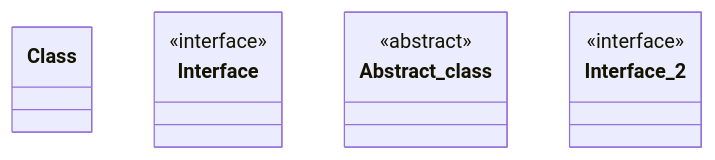
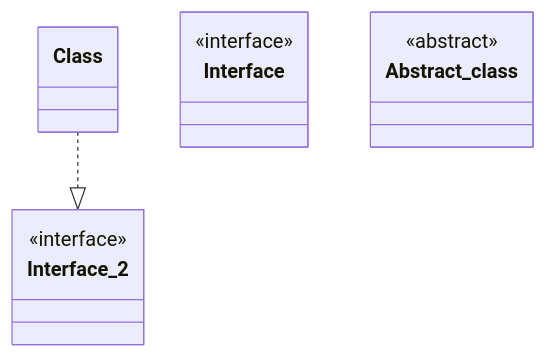
One commit to saiphanindra1010/arch_diagram_demo changed the diagram in mermade/class-diagram.md. Above: the diagram before and after it, drawn with Mermaid.

Commit message:
mermade: save class_diagramssssssss

````diff
--- a/mermade/class-diagram.md
+++ b/mermade/class-diagram.md
@@ -3,14 +3,15 @@
 ```mermaid
 classDiagram
   class Class
   class Interface {
     <<interface>>
   }
   class Abstract_class {
     <<abstract>>
   }
   class Interface_2 {
     <<interface>>
   }
-%% mermade:{"v":1,"diagramType":"class","nodes":{"Class":{"x":570.57421875,"y":247.7890625,"w":220,"h":70,"kind":"class","members":[]},"Interface":{"x":584.2734375,"y":446.1328125,"w":220,"h":70,"kind":"interface","members":[],"stereotype":"interface"},"Abstract_class":{"x":1028.88671875,"y":319.77734375,"w":220,"h":70,"kind":"abstract","members":[],"stereotype":"abstract"},"Interface_2":{"x":845.7181919642857,"y":155.18080357142856,"w":220,"h":70,"kind":"interface","members":[],"stereotype":"interface"}},"groups":{},"edges":{}}
+  Class ..|> Interface_2
+%% mermade:{"v":1,"diagramType":"class","nodes":{"Class":{"x":570.57421875,"y":247.7890625,"w":220,"h":70,"kind":"class","members":[]},"Interface":{"x":584.2734375,"y":446.1328125,"w":220,"h":70,"kind":"interface","members":[],"stereotype":"interface"},"Abstract_class":{"x":1028.88671875,"y":319.77734375,"w":220,"h":70,"kind":"abstract","members":[],"stereotype":"abstract"},"Interface_2":{"x":845.7181919642857,"y":155.18080357142856,"w":220,"h":70,"kind":"interface","members":[],"stereotype":"interface"}},"groups":{},"edges":{"e1":{"relation":"implements","label":""}}}
 ```
````
